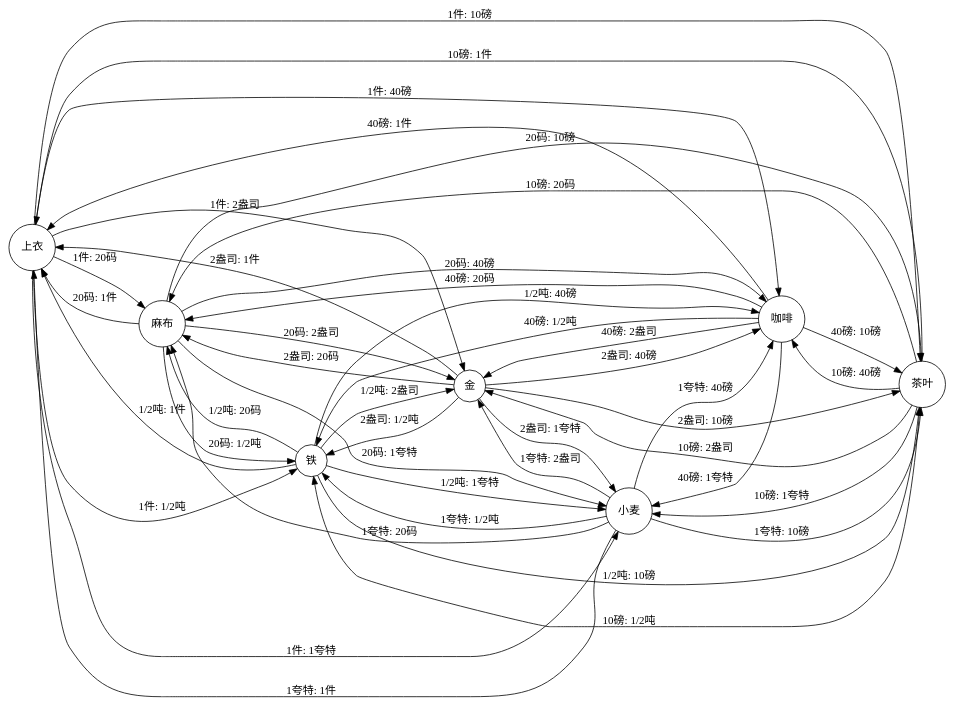
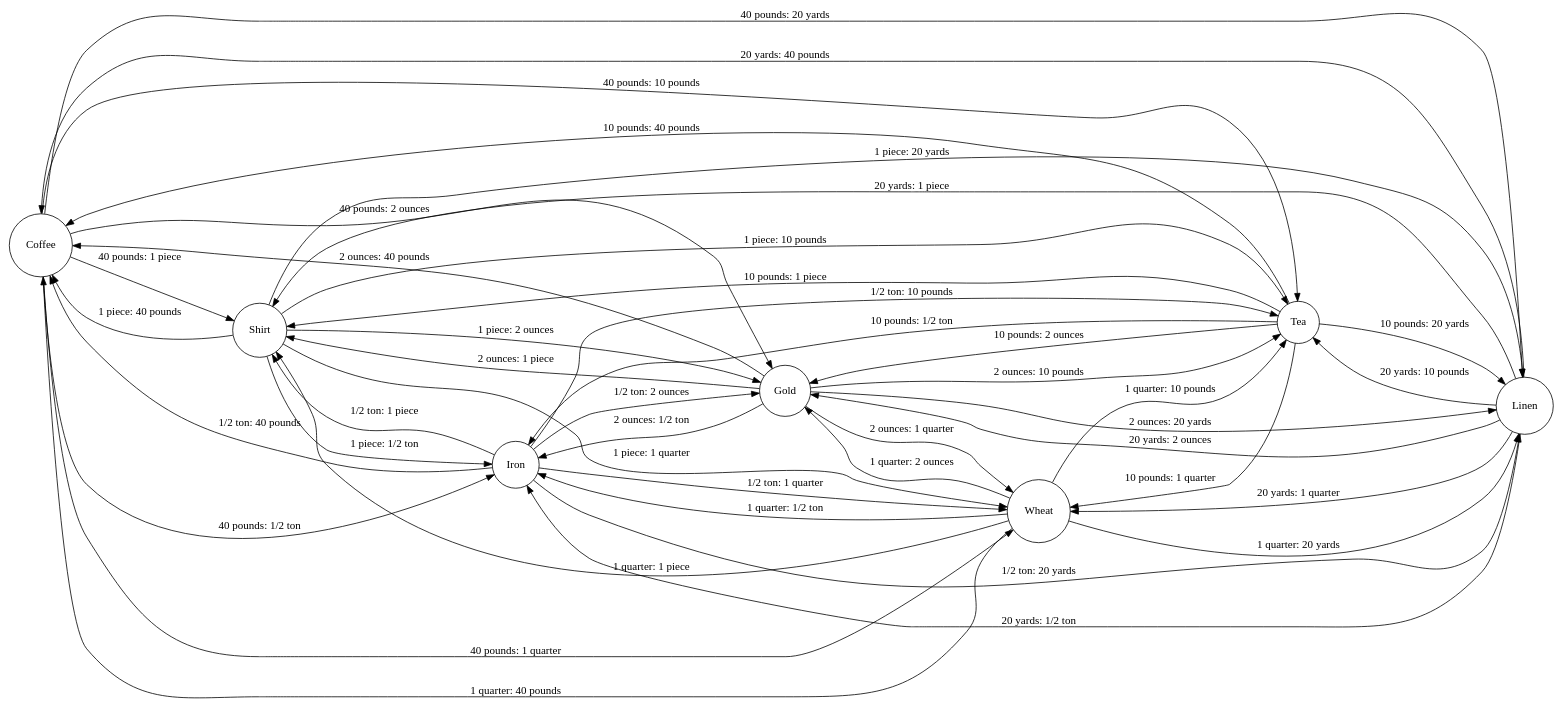
The diagram in 资本的生产过程/价值形式理论/价值形式/graphs_generated/total_complete.dot (Wangsutan/Kapital), drawn with Graphviz before and after one commit. The commit also changed 82 other files, not shown here.

```diff
--- a/资本的生产过程/价值形式理论/价值形式/graphs_generated/total_complete.dot
+++ b/资本的生产过程/价值形式理论/价值形式/graphs_generated/total_complete.dot
@@ -1,46 +1,46 @@
 digraph 价值形式理论 {
     rankdir=LR;
     node [shape=circle];
-    "上衣" -> "麻布" [label="1件: 20码"];
-    "上衣" -> "茶叶" [label="1件: 10磅"];
-    "上衣" -> "咖啡" [label="1件: 40磅"];
-    "上衣" -> "小麦" [label="1件: 1夸特"];
-    "上衣" -> "金" [label="1件: 2盎司"];
-    "上衣" -> "铁" [label="1件: 1/2吨"];
-    "咖啡" -> "上衣" [label="40磅: 1件"];
-    "咖啡" -> "麻布" [label="40磅: 20码"];
-    "咖啡" -> "茶叶" [label="40磅: 10磅"];
-    "咖啡" -> "小麦" [label="40磅: 1夸特"];
-    "咖啡" -> "金" [label="40磅: 2盎司"];
-    "咖啡" -> "铁" [label="40磅: 1/2吨"];
-    "小麦" -> "上衣" [label="1夸特: 1件"];
-    "小麦" -> "麻布" [label="1夸特: 20码"];
-    "小麦" -> "茶叶" [label="1夸特: 10磅"];
-    "小麦" -> "咖啡" [label="1夸特: 40磅"];
-    "小麦" -> "金" [label="1夸特: 2盎司"];
-    "小麦" -> "铁" [label="1夸特: 1/2吨"];
-    "茶叶" -> "上衣" [label="10磅: 1件"];
-    "茶叶" -> "麻布" [label="10磅: 20码"];
-    "茶叶" -> "咖啡" [label="10磅: 40磅"];
-    "茶叶" -> "小麦" [label="10磅: 1夸特"];
-    "茶叶" -> "金" [label="10磅: 2盎司"];
-    "茶叶" -> "铁" [label="10磅: 1/2吨"];
-    "金" -> "上衣" [label="2盎司: 1件"];
-    "金" -> "麻布" [label="2盎司: 20码"];
-    "金" -> "茶叶" [label="2盎司: 10磅"];
-    "金" -> "咖啡" [label="2盎司: 40磅"];
-    "金" -> "小麦" [label="2盎司: 1夸特"];
-    "金" -> "铁" [label="2盎司: 1/2吨"];
-    "铁" -> "上衣" [label="1/2吨: 1件"];
-    "铁" -> "麻布" [label="1/2吨: 20码"];
-    "铁" -> "茶叶" [label="1/2吨: 10磅"];
-    "铁" -> "咖啡" [label="1/2吨: 40磅"];
-    "铁" -> "小麦" [label="1/2吨: 1夸特"];
-    "铁" -> "金" [label="1/2吨: 2盎司"];
-    "麻布" -> "上衣" [label="20码: 1件"];
-    "麻布" -> "茶叶" [label="20码: 10磅"];
-    "麻布" -> "咖啡" [label="20码: 40磅"];
-    "麻布" -> "小麦" [label="20码: 1夸特"];
-    "麻布" -> "金" [label="20码: 2盎司"];
-    "麻布" -> "铁" [label="20码: 1/2吨"];
+    "Coffee" -> "Shirt" [label="40 pounds: 1 piece"];
+    "Coffee" -> "Linen" [label="40 pounds: 20 yards"];
+    "Coffee" -> "Tea" [label="40 pounds: 10 pounds"];
+    "Coffee" -> "Wheat" [label="40 pounds: 1 quarter"];
+    "Coffee" -> "Gold" [label="40 pounds: 2 ounces"];
+    "Coffee" -> "Iron" [label="40 pounds: 1/2 ton"];
+    "Gold" -> "Shirt" [label="2 ounces: 1 piece"];
+    "Gold" -> "Linen" [label="2 ounces: 20 yards"];
+    "Gold" -> "Tea" [label="2 ounces: 10 pounds"];
+    "Gold" -> "Coffee" [label="2 ounces: 40 pounds"];
+    "Gold" -> "Wheat" [label="2 ounces: 1 quarter"];
+    "Gold" -> "Iron" [label="2 ounces: 1/2 ton"];
+    "Iron" -> "Shirt" [label="1/2 ton: 1 piece"];
+    "Iron" -> "Linen" [label="1/2 ton: 20 yards"];
+    "Iron" -> "Tea" [label="1/2 ton: 10 pounds"];
+    "Iron" -> "Coffee" [label="1/2 ton: 40 pounds"];
+    "Iron" -> "Wheat" [label="1/2 ton: 1 quarter"];
+    "Iron" -> "Gold" [label="1/2 ton: 2 ounces"];
+    "Linen" -> "Shirt" [label="20 yards: 1 piece"];
+    "Linen" -> "Tea" [label="20 yards: 10 pounds"];
+    "Linen" -> "Coffee" [label="20 yards: 40 pounds"];
+    "Linen" -> "Wheat" [label="20 yards: 1 quarter"];
+    "Linen" -> "Gold" [label="20 yards: 2 ounces"];
+    "Linen" -> "Iron" [label="20 yards: 1/2 ton"];
+    "Shirt" -> "Linen" [label="1 piece: 20 yards"];
+    "Shirt" -> "Tea" [label="1 piece: 10 pounds"];
+    "Shirt" -> "Coffee" [label="1 piece: 40 pounds"];
+    "Shirt" -> "Wheat" [label="1 piece: 1 quarter"];
+    "Shirt" -> "Gold" [label="1 piece: 2 ounces"];
+    "Shirt" -> "Iron" [label="1 piece: 1/2 ton"];
+    "Tea" -> "Shirt" [label="10 pounds: 1 piece"];
+    "Tea" -> "Linen" [label="10 pounds: 20 yards"];
+    "Tea" -> "Coffee" [label="10 pounds: 40 pounds"];
+    "Tea" -> "Wheat" [label="10 pounds: 1 quarter"];
+    "Tea" -> "Gold" [label="10 pounds: 2 ounces"];
+    "Tea" -> "Iron" [label="10 pounds: 1/2 ton"];
+    "Wheat" -> "Shirt" [label="1 quarter: 1 piece"];
+    "Wheat" -> "Linen" [label="1 quarter: 20 yards"];
+    "Wheat" -> "Tea" [label="1 quarter: 10 pounds"];
+    "Wheat" -> "Coffee" [label="1 quarter: 40 pounds"];
+    "Wheat" -> "Gold" [label="1 quarter: 2 ounces"];
+    "Wheat" -> "Iron" [label="1 quarter: 1/2 ton"];
 }
```
